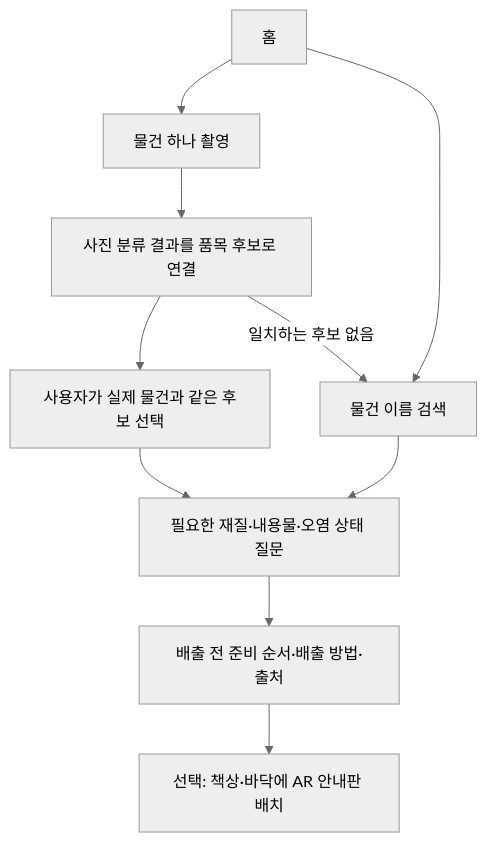
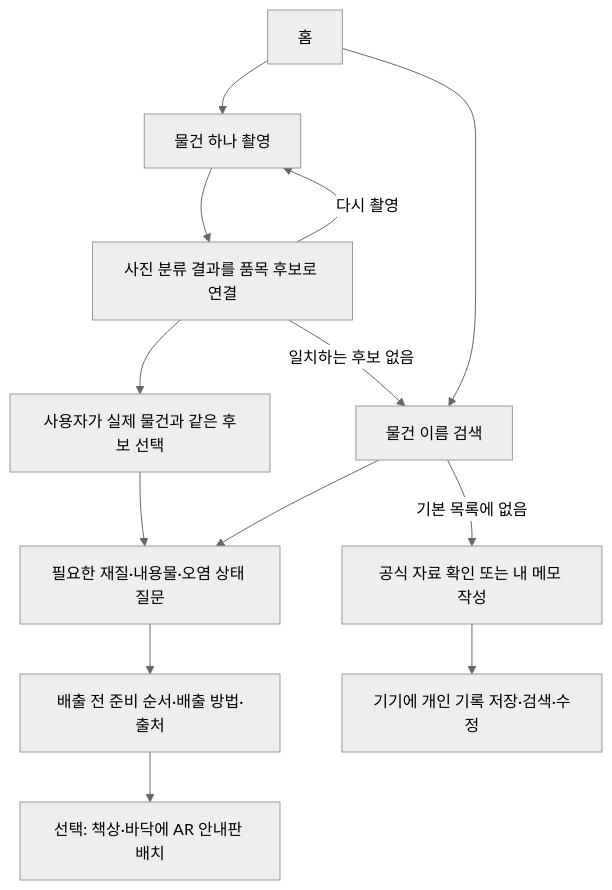
The diagram in Docs/PROJECT_STRUCTURE.md (gin00W/MidProject), drawn with Mermaid (neutral theme) before and after one commit. The commit also changed other lines of this file and 12 other files, not shown here.

````diff
--- a/Docs/PROJECT_STRUCTURE.md
+++ b/Docs/PROJECT_STRUCTURE.md
@@ -7,12 +7,15 @@
 ```mermaid
 flowchart TD
     A[홈] --> B[물건 하나 촬영]
     A --> C[물건 이름 검색]
     B --> D[사진 분류 결과를 품목 후보로 연결]
     D --> E[사용자가 실제 물건과 같은 후보 선택]
     D -->|일치하는 후보 없음| C
+    D -->|다시 촬영| B
     E --> F[필요한 재질·내용물·오염 상태 질문]
     C --> F
     F --> G[배출 전 준비 순서·배출 방법·출처]
     G --> H[선택: 책상·바닥에 AR 안내판 배치]
+    C -->|기본 목록에 없음| I[공식 자료 확인 또는 내 메모 작성]
+    I --> J[기기에 개인 기록 저장·검색·수정]
 ```
````
